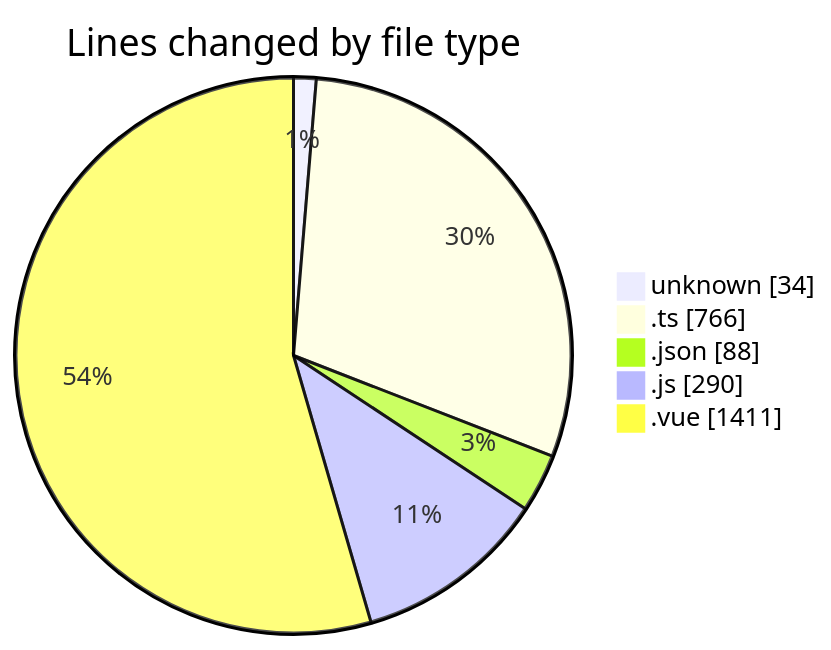
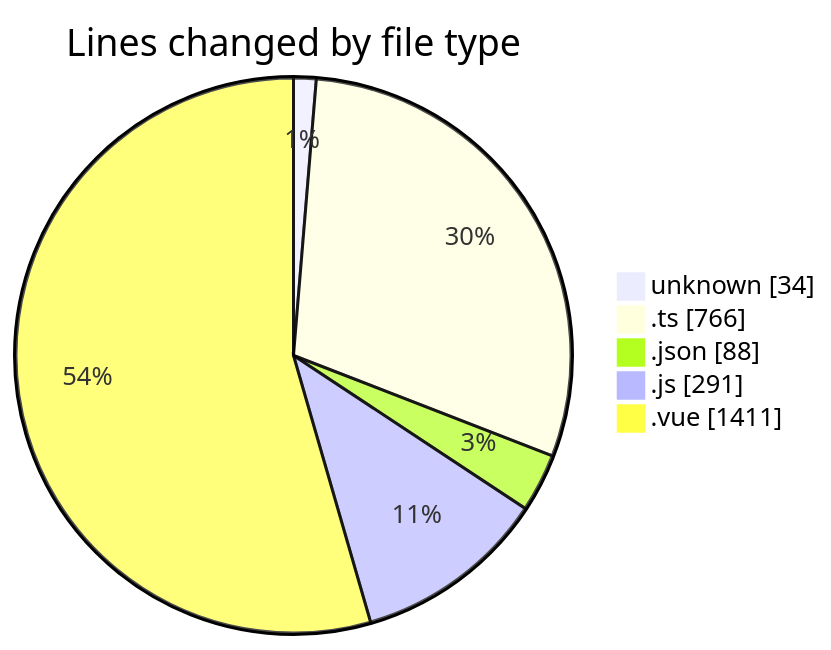
One commit to lephambinh05/code-tracking changed the first of 2 diagrams in 2025-07-13/rentotp/README.md. Above: the diagram before and after it, drawn with Mermaid. The commit also changed other lines of this file and 1 other file, not shown here.

````diff
--- a/2025-07-13/rentotp/README.md
+++ b/2025-07-13/rentotp/README.md
@@ -46,9 +46,9 @@
 ```mermaid
 pie showData
 title Lines changed by file type
 "unknown" : 34
 ".ts" : 766
 ".json" : 88
-".js" : 290
+".js" : 291
 ".vue" : 1411
 ```
````
